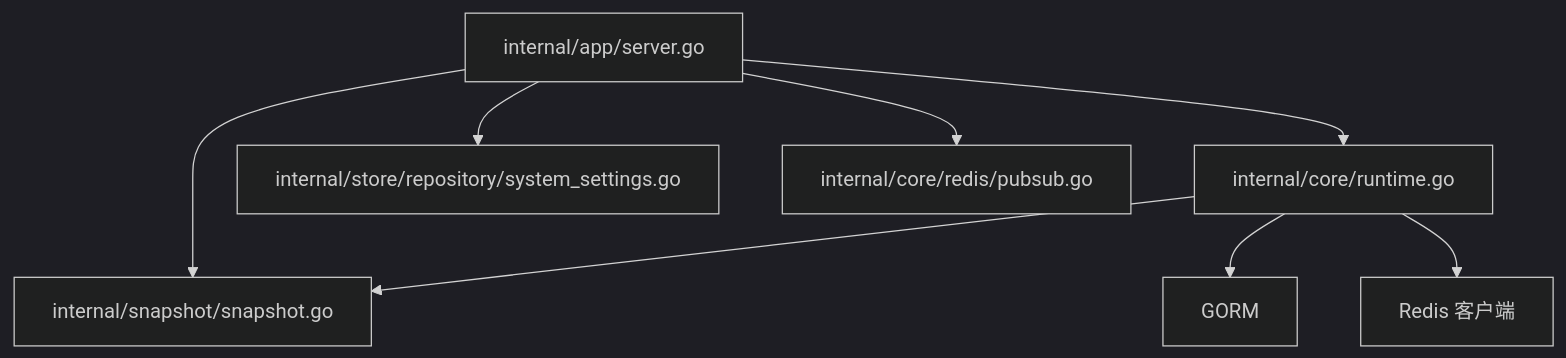
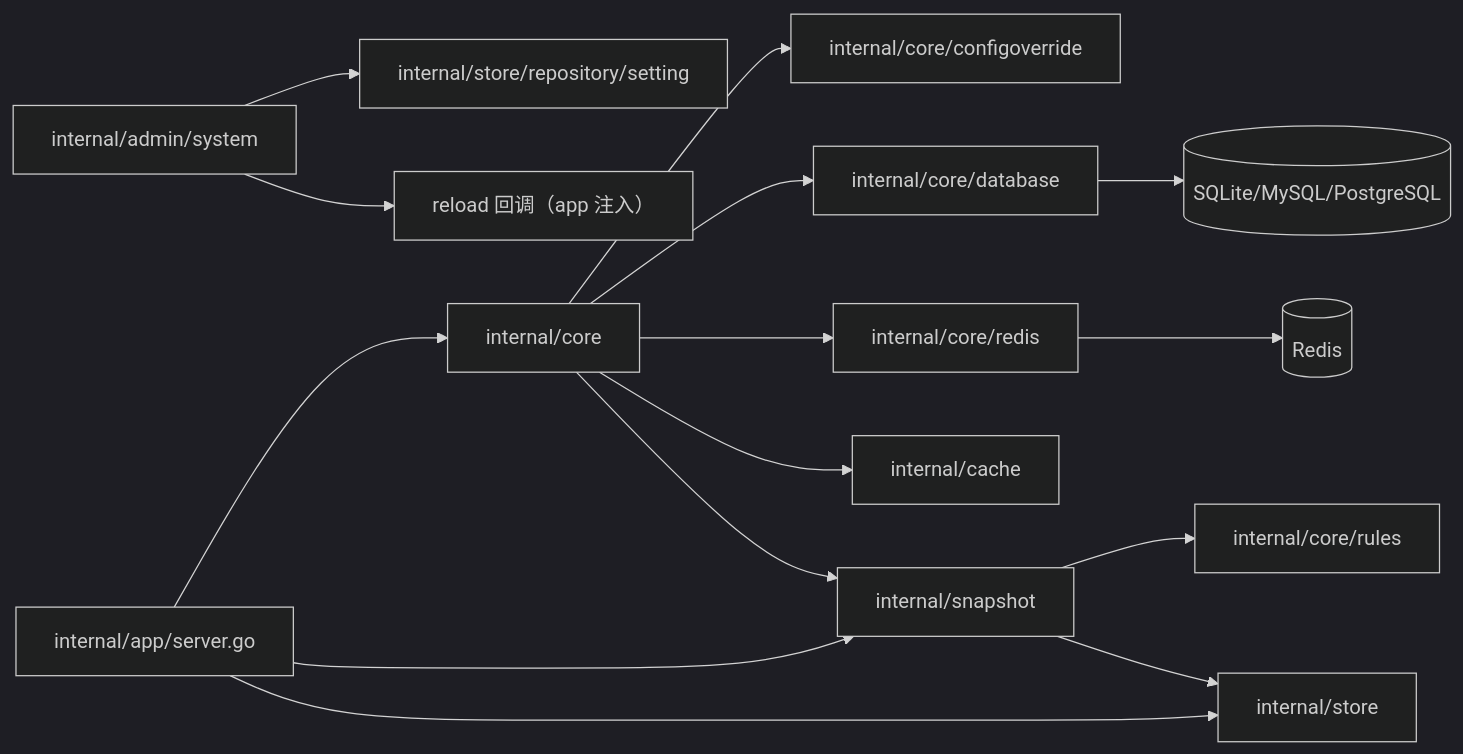
The fifth of 6 diagrams in docs/配置管理系统/配置管理系统.md (x01n/My-OpenWaf), drawn with Mermaid (dark theme) before and after one commit. The commit also changed other lines of this file and 622 other files, not shown here.

````diff
--- a/docs/配置管理系统/配置管理系统.md
+++ b/docs/配置管理系统/配置管理系统.md
@@ -370,10 +488,17 @@
 ```mermaid
-graph TB
-App["internal/app/server.go"] --> RT["internal/core/runtime.go"]
-App --> Repo["internal/store/repository/system_settings.go"]
-App --> Snap["internal/snapshot/snapshot.go"]
-App --> RedisPub["internal/core/redis/pubsub.go"]
-RT --> Snap
-RT --> DB["GORM"]
-RT --> Rds["Redis 客户端"]
+graph LR
+ADM["internal/admin/system"] --> REPO["internal/store/repository/setting"]
+ADM --> SRVCB["reload 回调（app 注入）"]
+APP["internal/app/server.go"] --> CORE["internal/core"]
+APP --> SNAP["internal/snapshot"]
+APP --> STORE["internal/store"]
+CORE --> CFGO["internal/core/configoverride"]
+CORE --> DB["internal/core/database"]
+CORE --> RDS["internal/core/redis"]
+CORE --> CACHE["internal/cache"]
+CORE --> SNAP
+SNAP --> RULES["internal/core/rules"]
+SNAP --> STORE
+RDS --> REDIS[("Redis")]
+DB --> SQL[("SQLite/MySQL/PostgreSQL")]
 ```
````
